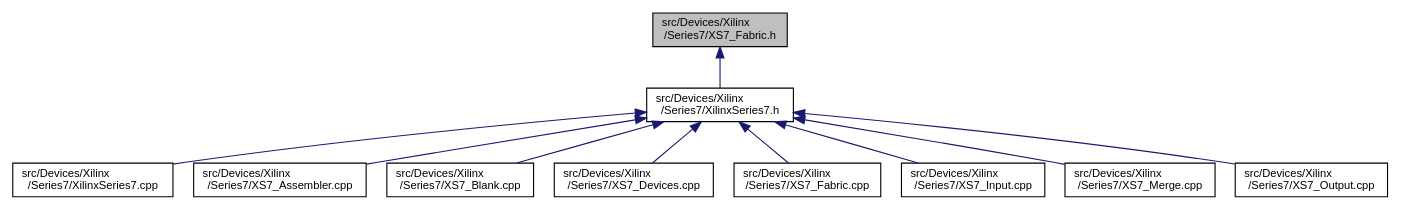
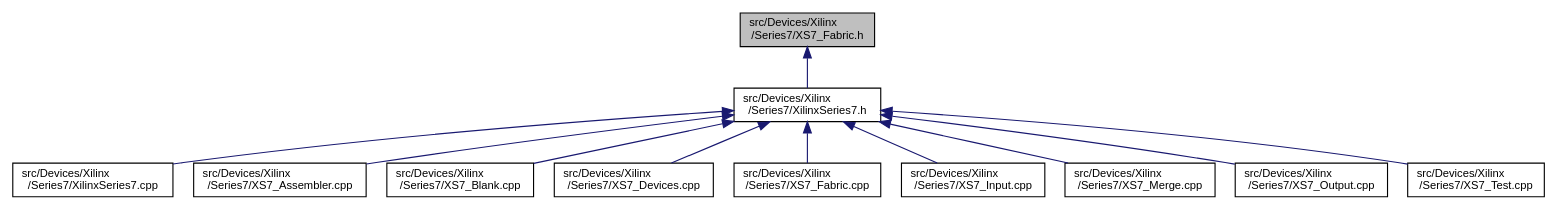
Before and after one commit to FPGA-Research-Manchester/byteman: the diagram in XS7__Fabric_8h__dep__incl.dot, drawn with Graphviz. The commit also changed 761 other files, not shown here.

```diff
--- a/XS7__Fabric_8h__dep__incl.dot
+++ b/XS7__Fabric_8h__dep__incl.dot
@@ -1,26 +1,28 @@
 digraph "src/Devices/Xilinx/Series7/XS7_Fabric.h"
 {
  // INTERACTIVE_SVG=YES
  // LATEX_PDF_SIZE
   edge [fontname="Helvetica",fontsize="10",labelfontname="Helvetica",labelfontsize="10"];
   node [fontname="Helvetica",fontsize="10",shape=record];
   Node1 [label="src/Devices/Xilinx\l/Series7/XS7_Fabric.h",height=0.2,width=0.4,color="black", fillcolor="grey75", style="filled", fontcolor="black",tooltip=" "];
   Node1 -> Node2 [dir="back",color="midnightblue",fontsize="10",style="solid",fontname="Helvetica"];
   Node2 [label="src/Devices/Xilinx\l/Series7/XilinxSeries7.h",height=0.2,width=0.4,color="black", fillcolor="white", style="filled",URL="$XilinxSeries7_8h.html",tooltip=" "];
   Node2 -> Node3 [dir="back",color="midnightblue",fontsize="10",style="solid",fontname="Helvetica"];
   Node3 [label="src/Devices/Xilinx\l/Series7/XilinxSeries7.cpp",height=0.2,width=0.4,color="black", fillcolor="white", style="filled",URL="$XilinxSeries7_8cpp.html",tooltip=" "];
   Node2 -> Node4 [dir="back",color="midnightblue",fontsize="10",style="solid",fontname="Helvetica"];
   Node4 [label="src/Devices/Xilinx\l/Series7/XS7_Assembler.cpp",height=0.2,width=0.4,color="black", fillcolor="white", style="filled",URL="$XS7__Assembler_8cpp.html",tooltip=" "];
   Node2 -> Node5 [dir="back",color="midnightblue",fontsize="10",style="solid",fontname="Helvetica"];
   Node5 [label="src/Devices/Xilinx\l/Series7/XS7_Blank.cpp",height=0.2,width=0.4,color="black", fillcolor="white", style="filled",URL="$XS7__Blank_8cpp.html",tooltip=" "];
   Node2 -> Node6 [dir="back",color="midnightblue",fontsize="10",style="solid",fontname="Helvetica"];
   Node6 [label="src/Devices/Xilinx\l/Series7/XS7_Devices.cpp",height=0.2,width=0.4,color="black", fillcolor="white", style="filled",URL="$XS7__Devices_8cpp.html",tooltip=" "];
   Node2 -> Node7 [dir="back",color="midnightblue",fontsize="10",style="solid",fontname="Helvetica"];
   Node7 [label="src/Devices/Xilinx\l/Series7/XS7_Fabric.cpp",height=0.2,width=0.4,color="black", fillcolor="white", style="filled",URL="$XS7__Fabric_8cpp.html",tooltip=" "];
   Node2 -> Node8 [dir="back",color="midnightblue",fontsize="10",style="solid",fontname="Helvetica"];
   Node8 [label="src/Devices/Xilinx\l/Series7/XS7_Input.cpp",height=0.2,width=0.4,color="black", fillcolor="white", style="filled",URL="$XS7__Input_8cpp.html",tooltip=" "];
   Node2 -> Node9 [dir="back",color="midnightblue",fontsize="10",style="solid",fontname="Helvetica"];
   Node9 [label="src/Devices/Xilinx\l/Series7/XS7_Merge.cpp",height=0.2,width=0.4,color="black", fillcolor="white", style="filled",URL="$XS7__Merge_8cpp.html",tooltip=" "];
   Node2 -> Node10 [dir="back",color="midnightblue",fontsize="10",style="solid",fontname="Helvetica"];
   Node10 [label="src/Devices/Xilinx\l/Series7/XS7_Output.cpp",height=0.2,width=0.4,color="black", fillcolor="white", style="filled",URL="$XS7__Output_8cpp.html",tooltip=" "];
+  Node2 -> Node11 [dir="back",color="midnightblue",fontsize="10",style="solid",fontname="Helvetica"];
+  Node11 [label="src/Devices/Xilinx\l/Series7/XS7_Test.cpp",height=0.2,width=0.4,color="black", fillcolor="white", style="filled",URL="$XS7__Test_8cpp.html",tooltip=" "];
 }
```
